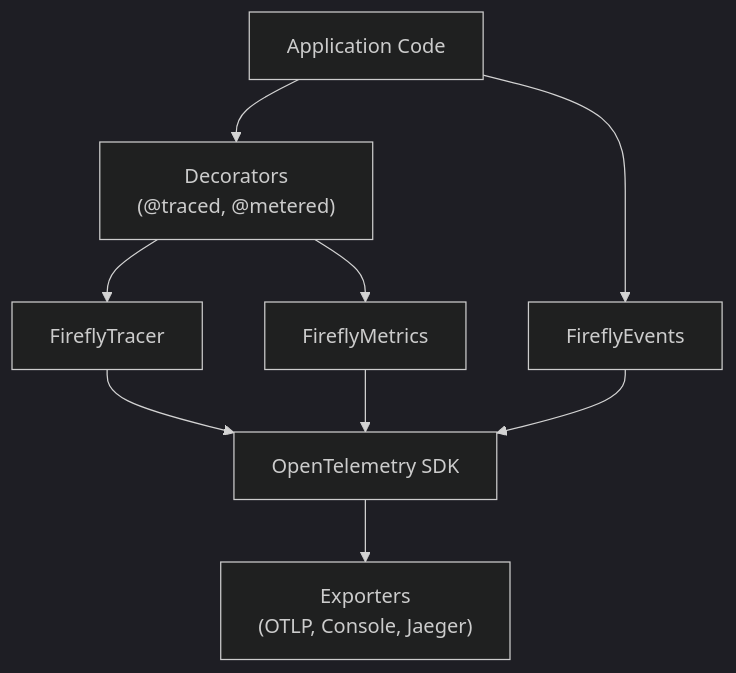
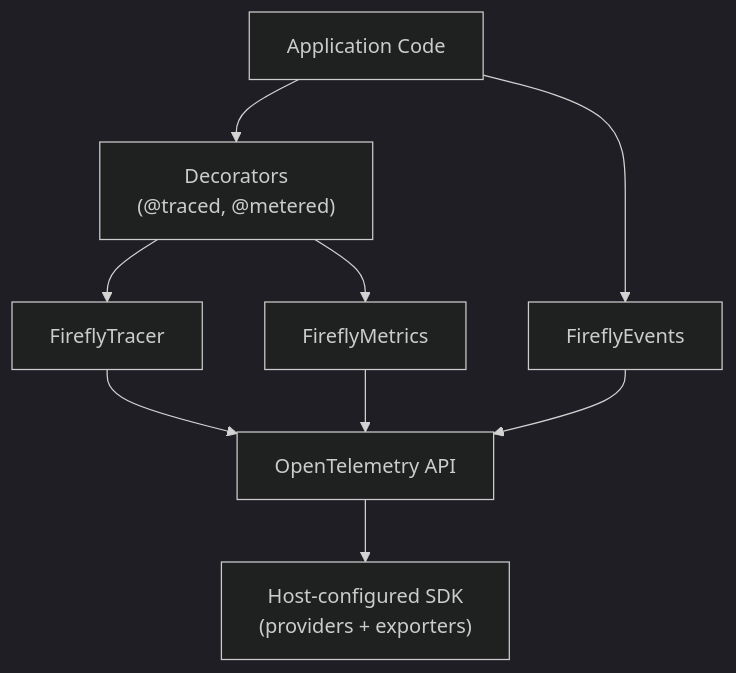
Before and after one commit to fireflyframework/fireflyframework-agentic: the first of 2 diagrams in docs/observability.md, drawn with Mermaid (dark theme). The commit also changed other lines of this file and 15 other files, not shown here.

````diff
--- a/docs/observability.md
+++ b/docs/observability.md
@@ -12,11 +20,11 @@
 ```mermaid
 flowchart TD
     APP[Application Code] --> DEC["Decorators<br/>(@traced, @metered)"]
     DEC --> TRACER[FireflyTracer]
     DEC --> METRICS[FireflyMetrics]
     APP --> EVENTS[FireflyEvents]
-    TRACER --> OTEL[OpenTelemetry SDK]
+    TRACER --> OTEL["OpenTelemetry API"]
     METRICS --> OTEL
     EVENTS --> OTEL
-    OTEL --> EXP["Exporters<br/>(OTLP, Console, Jaeger)"]
+    OTEL --> HOST["Host-configured SDK<br/>(providers + exporters)"]
 ```
````
